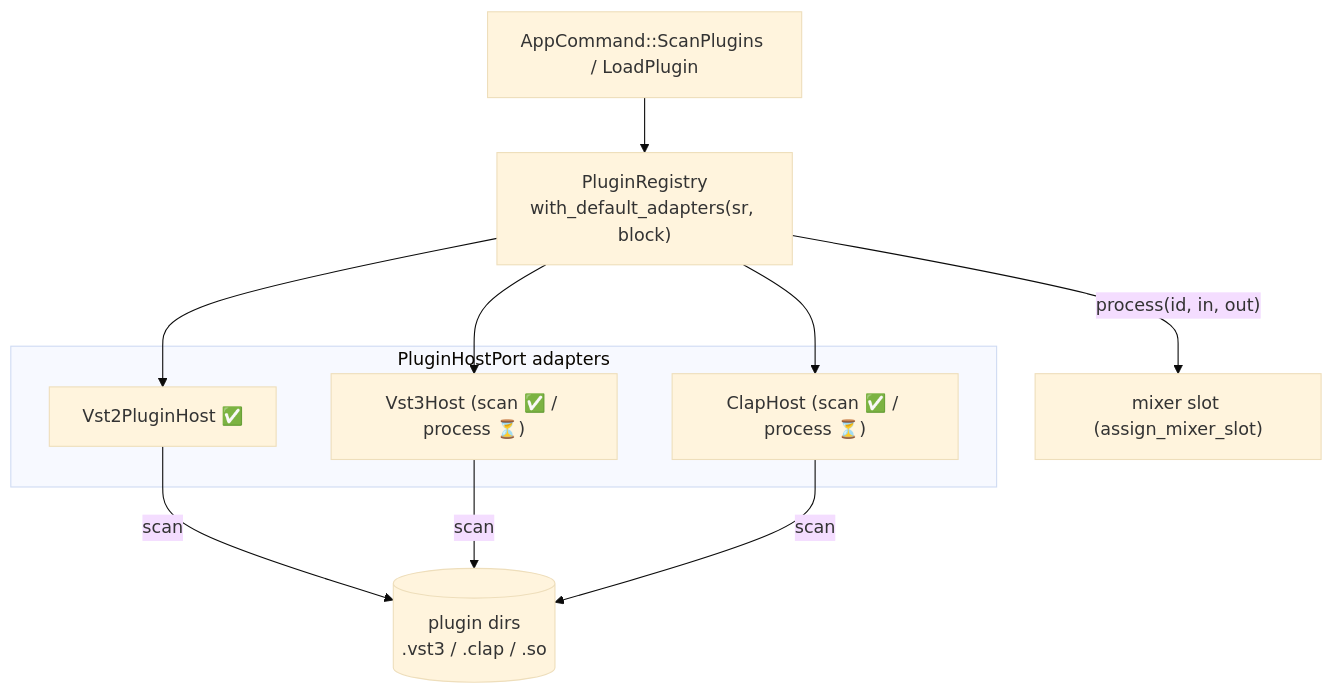
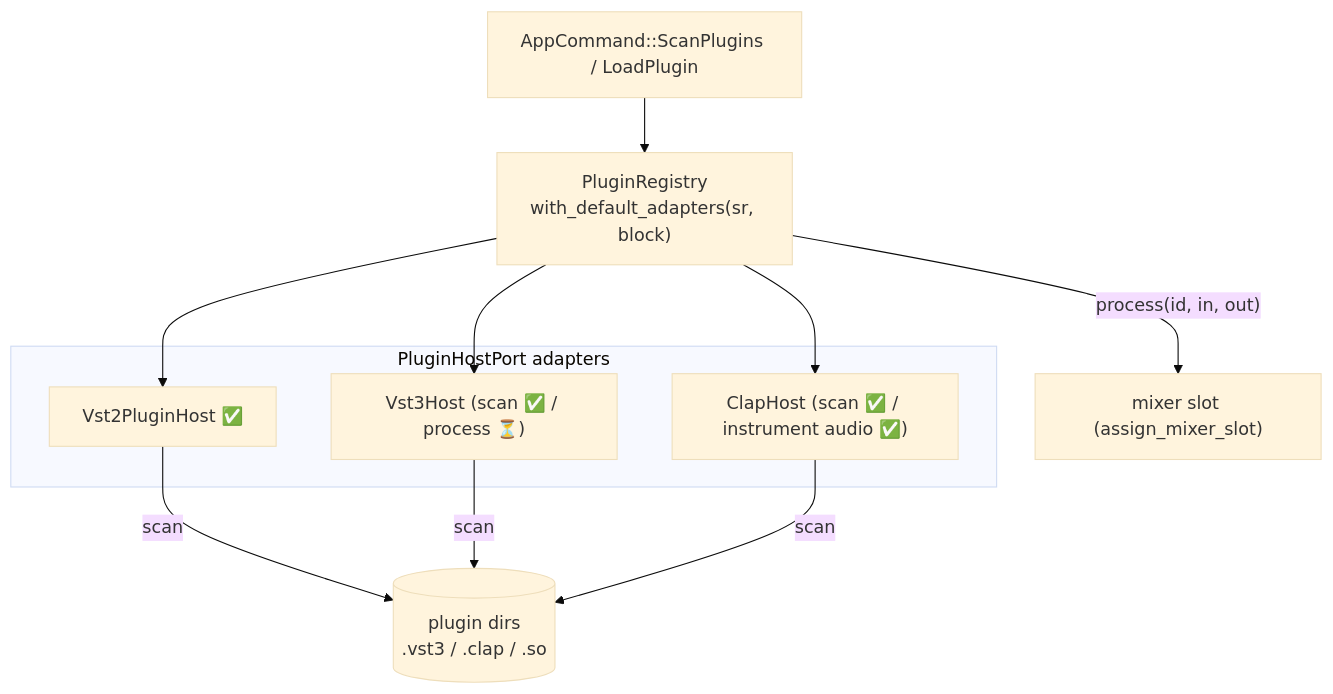
Before and after one commit to jacodelia/seqterm: the diagram in docs/architecture/plugin-hosting.md, drawn with Mermaid (base theme). The commit also changed other lines of this file and 69 other files, not shown here.

````diff
--- a/docs/architecture/plugin-hosting.md
+++ b/docs/architecture/plugin-hosting.md
@@ -20,17 +20,17 @@
 ```mermaid
 flowchart TB
     APP["AppCommand::ScanPlugins / LoadPlugin"]
     REG["PluginRegistry<br/>with_default_adapters(sr, block)"]
     subgraph Adapters["PluginHostPort adapters"]
         V2["Vst2PluginHost ✅"]
         V3["Vst3Host (scan ✅ / process ⏳)"]
-        CL["ClapHost (scan ✅ / process ⏳)"]
+        CL["ClapHost (scan ✅ / instrument audio ✅)"]
     end
     DISK[("plugin dirs<br/>.vst3 / .clap / .so")]
     SLOT["mixer slot (assign_mixer_slot)"]
 
     APP --> REG
     REG --> V2 & V3 & CL
     V2 & V3 & CL -- scan --> DISK
     REG -- "process(id, in, out)" --> SLOT
 ```
````
